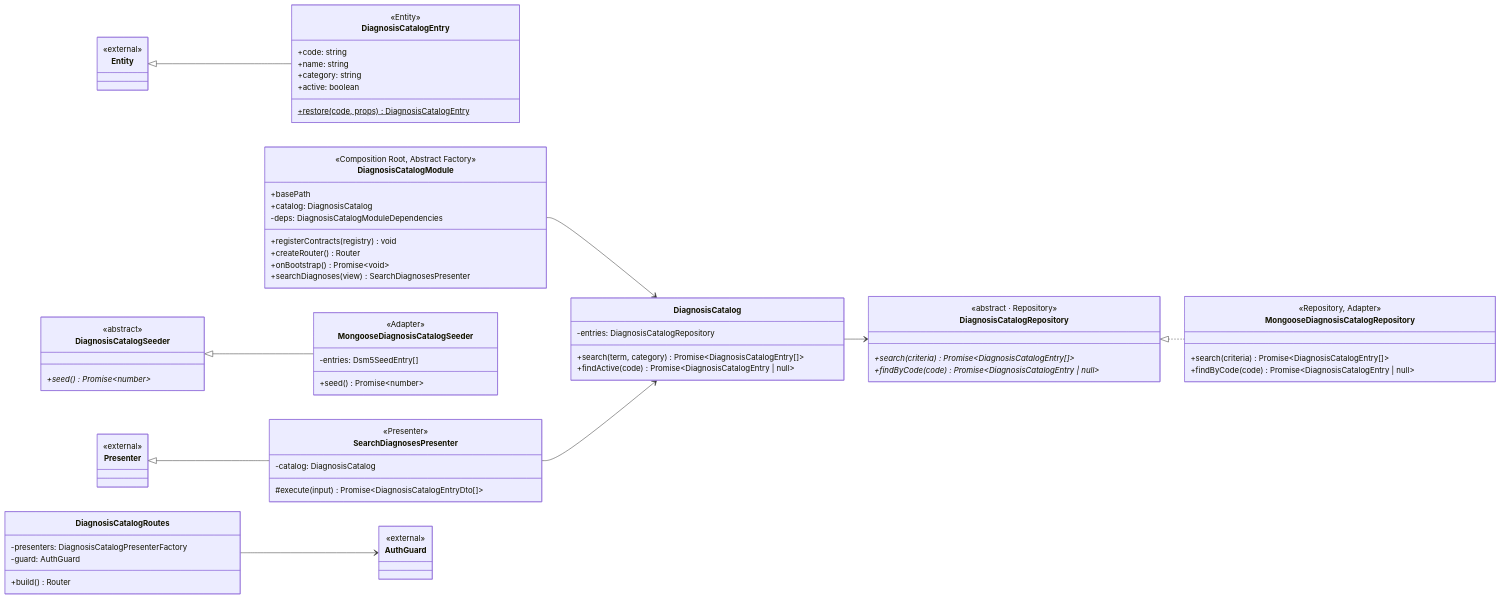
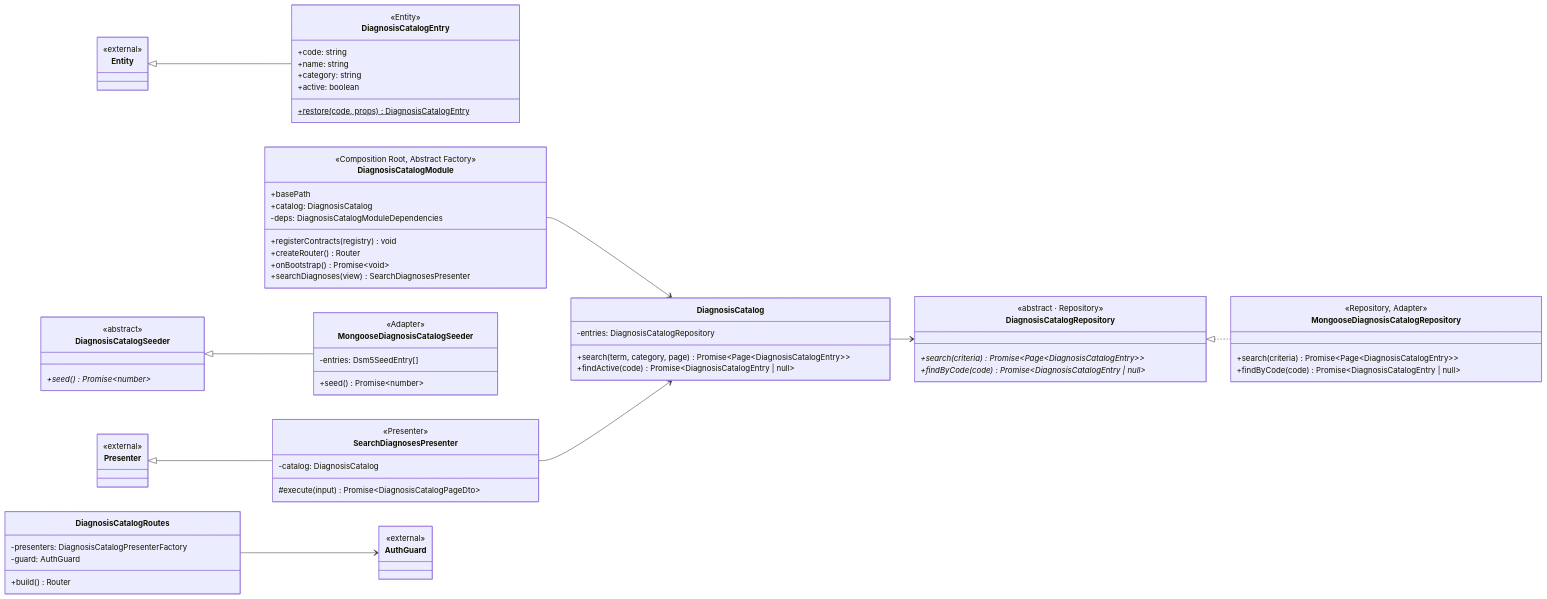
Before and after one commit to Org-Mentora/mentora-diploma: the tenth of 16 diagrams in docs/architecture/class-diagram.md, drawn with Mermaid. The commit also changed other lines of this file, not shown here.

Commit message:
docs(architecture): regenerate class diagram

````diff
--- a/docs/architecture/class-diagram.md
+++ b/docs/architecture/class-diagram.md
@@ -1951,73 +1975,73 @@
 ```mermaid
 classDiagram
   direction LR
   class DiagnosisCatalog {
     -entries: DiagnosisCatalogRepository
-    +search(term, category) Promise~DiagnosisCatalogEntry[]~
+    +search(term, category, page) Promise~Page~DiagnosisCatalogEntry~~
     +findActive(code) Promise~DiagnosisCatalogEntry | null~
   }
   class DiagnosisCatalogEntry {
     <<Entity>>
     +restore(code, props)$ DiagnosisCatalogEntry
     +code: string
     +name: string
     +category: string
     +active: boolean
   }
   class DiagnosisCatalogModule {
     <<Composition Root, Abstract Factory>>
     +basePath
     +catalog: DiagnosisCatalog
     -deps: DiagnosisCatalogModuleDependencies
     +registerContracts(registry) void
     +createRouter() Router
     +onBootstrap() Promise~void~
     +searchDiagnoses(view) SearchDiagnosesPresenter
   }
   class DiagnosisCatalogRepository {
     <<abstract · Repository>>
-    +search(criteria)* Promise~DiagnosisCatalogEntry[]~
+    +search(criteria)* Promise~Page~DiagnosisCatalogEntry~~
     +findByCode(code)* Promise~DiagnosisCatalogEntry | null~
   }
   class DiagnosisCatalogRoutes {
     -presenters: DiagnosisCatalogPresenterFactory
     -guard: AuthGuard
     +build() Router
   }
   class DiagnosisCatalogSeeder {
     <<abstract>>
     +seed()* Promise~number~
   }
   class MongooseDiagnosisCatalogRepository {
     <<Repository, Adapter>>
-    +search(criteria) Promise~DiagnosisCatalogEntry[]~
+    +search(criteria) Promise~Page~DiagnosisCatalogEntry~~
     +findByCode(code) Promise~DiagnosisCatalogEntry | null~
   }
   class MongooseDiagnosisCatalogSeeder {
     <<Adapter>>
     -entries: Dsm5SeedEntry[]
     +seed() Promise~number~
   }
   class SearchDiagnosesPresenter {
     <<Presenter>>
     -catalog: DiagnosisCatalog
-    #execute(input) Promise~DiagnosisCatalogEntryDto[]~
+    #execute(input) Promise~DiagnosisCatalogPageDto~
   }
   class AuthGuard {
     <<external>>
   }
   class Entity {
     <<external>>
   }
   class Presenter {
     <<external>>
   }
   DiagnosisCatalog --> DiagnosisCatalogRepository
   DiagnosisCatalogModule --> DiagnosisCatalog
   DiagnosisCatalogRepository <|.. MongooseDiagnosisCatalogRepository
   DiagnosisCatalogRoutes --> AuthGuard
   DiagnosisCatalogSeeder <|-- MongooseDiagnosisCatalogSeeder
   Entity <|-- DiagnosisCatalogEntry
   Presenter <|-- SearchDiagnosesPresenter
   SearchDiagnosesPresenter --> DiagnosisCatalog
 ```
````
